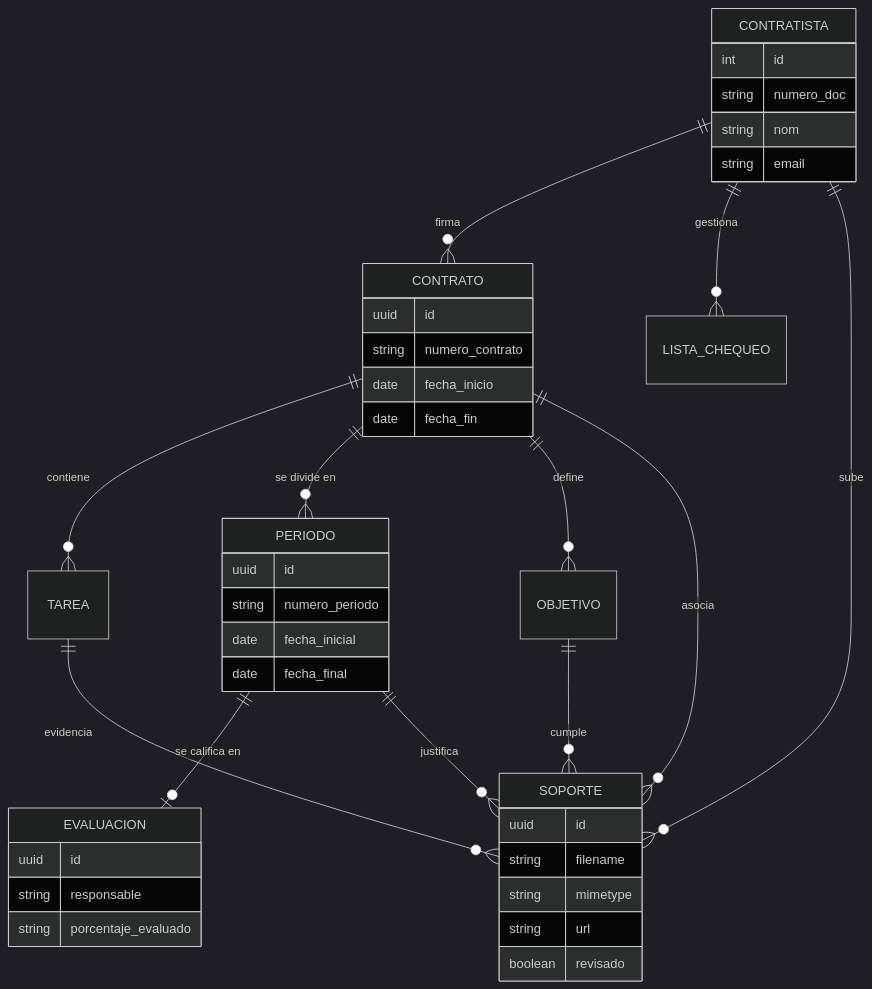
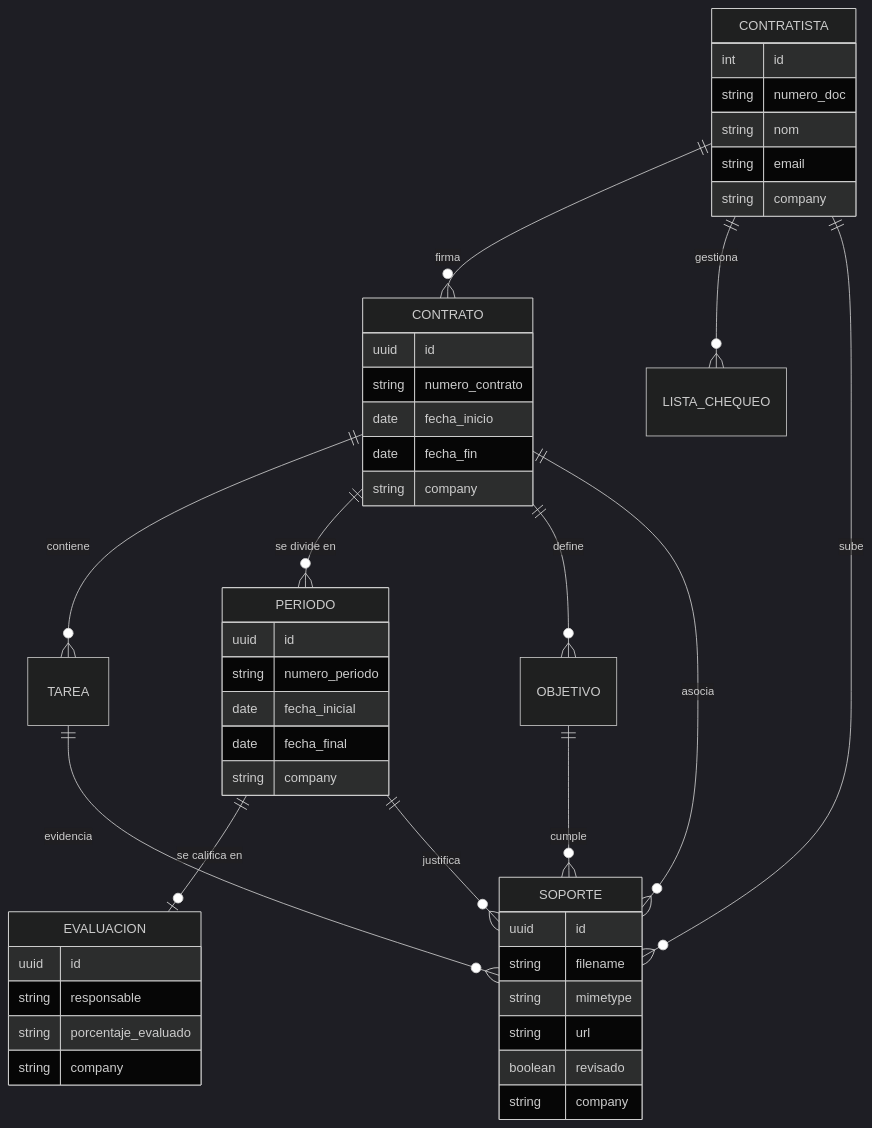
The first of 2 diagrams in ARCHITECTURE.md (DesarrolloSiellano/contratos-backend-bpo), drawn with Mermaid (dark theme) before and after one commit. The commit also changed other lines of this file and 11 other files, not shown here.

````diff
--- a/ARCHITECTURE.md
+++ b/ARCHITECTURE.md
@@ -9,48 +9,53 @@
 ```mermaid
 erDiagram
     CONTRATISTA ||--o{ CONTRATO : "firma"
     CONTRATISTA ||--o{ LISTA_CHEQUEO : "gestiona"
     CONTRATISTA ||--o{ SOPORTE : "sube"
     
     CONTRATO ||--o{ TAREA : "contiene"
     CONTRATO ||--o{ PERIODO : "se divide en"
     CONTRATO ||--o{ OBJETIVO : "define"
     CONTRATO ||--o{ SOPORTE : "asocia"
     
     PERIODO ||--o| EVALUACION : "se califica en"
     PERIODO ||--o{ SOPORTE : "justifica"
     
     TAREA ||--o{ SOPORTE : "evidencia"
     OBJETIVO ||--o{ SOPORTE : "cumple"
 
     CONTRATISTA {
         int id
         string numero_doc
         string nom
         string email
+        string company
     }
     CONTRATO {
         uuid id
         string numero_contrato
         date fecha_inicio
         date fecha_fin
+        string company
     }
     PERIODO {
         uuid id
         string numero_periodo
         date fecha_inicial
         date fecha_final
+        string company
     }
     EVALUACION {
         uuid id
         string responsable
         string porcentaje_evaluado
+        string company
     }
     SOPORTE {
         uuid id
         string filename
         string mimetype
         string url
         boolean revisado
+        string company
     }
 ```
````
